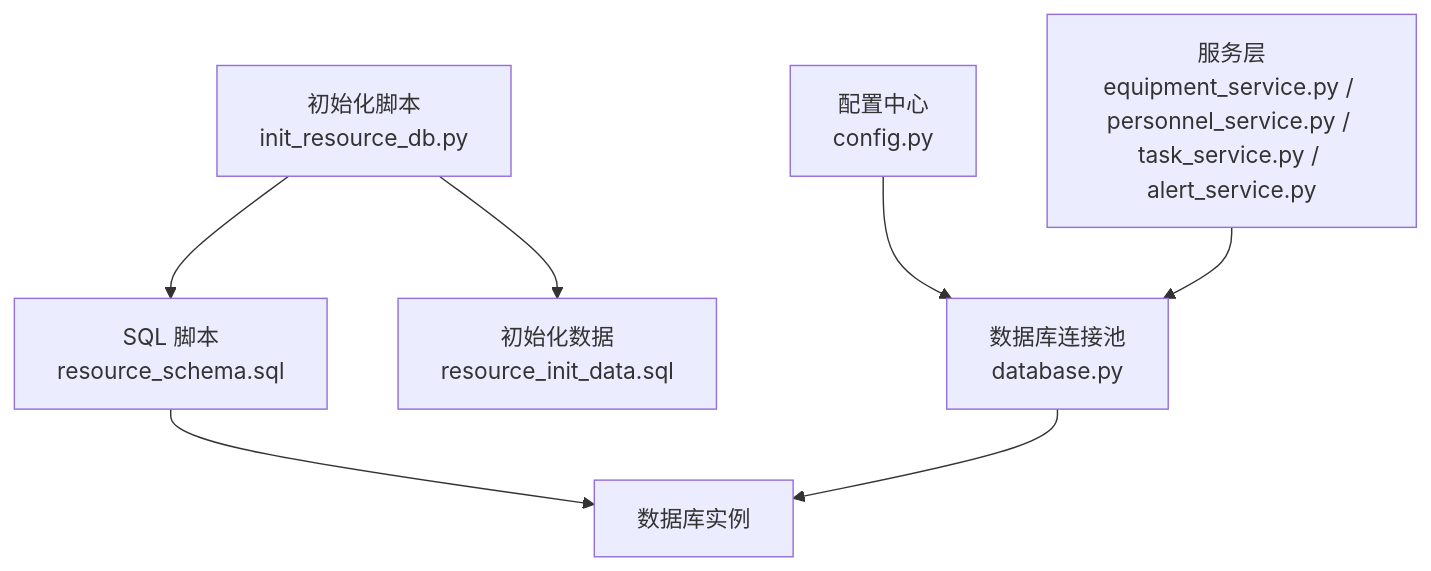
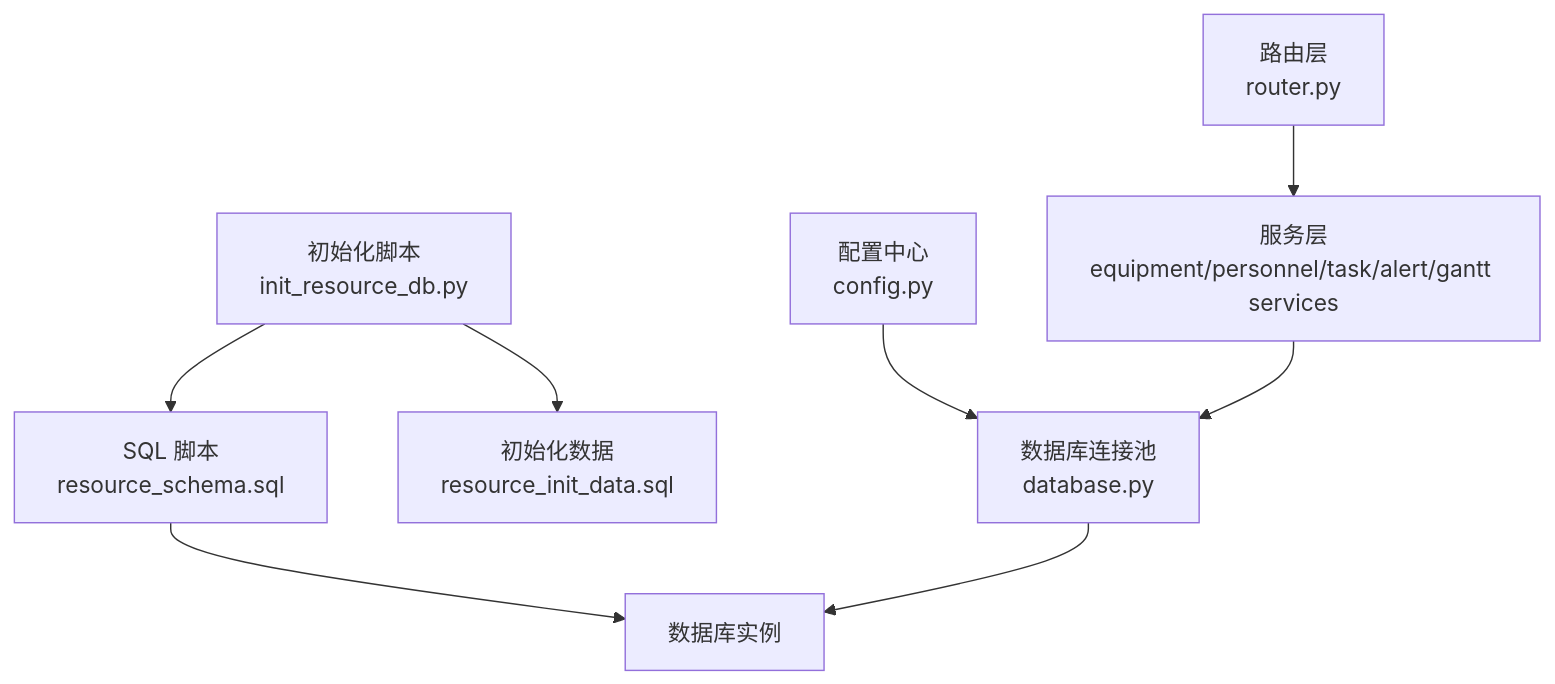
One commit to JiaStan/shizhi_system_df changed the first of 6 diagrams in .qoder/repowiki/zh/content/数据库设计/数据库设计.md. Above: the diagram before and after it, drawn with Mermaid. The commit also changed other lines of this file and 53 other files, not shown here.

````diff
--- a/.qoder/repowiki/zh/content/数据库设计/数据库设计.md
+++ b/.qoder/repowiki/zh/content/数据库设计/数据库设计.md
@@ -34,9 +66,10 @@
 ```mermaid
 graph TB
 A["SQL 脚本<br/>resource_schema.sql"] --> B["数据库实例"]
 C["初始化脚本<br/>init_resource_db.py"] --> A
 C --> D["初始化数据<br/>resource_init_data.sql"]
 E["数据库连接池<br/>database.py"] --> B
 F["配置中心<br/>config.py"] --> E
-G["服务层<br/>equipment_service.py / personnel_service.py / task_service.py / alert_service.py"] --> E
+G["服务层<br/>equipment/personnel/task/alert/gantt services"] --> E
+H["路由层<br/>router.py"] --> G
 ```
````
